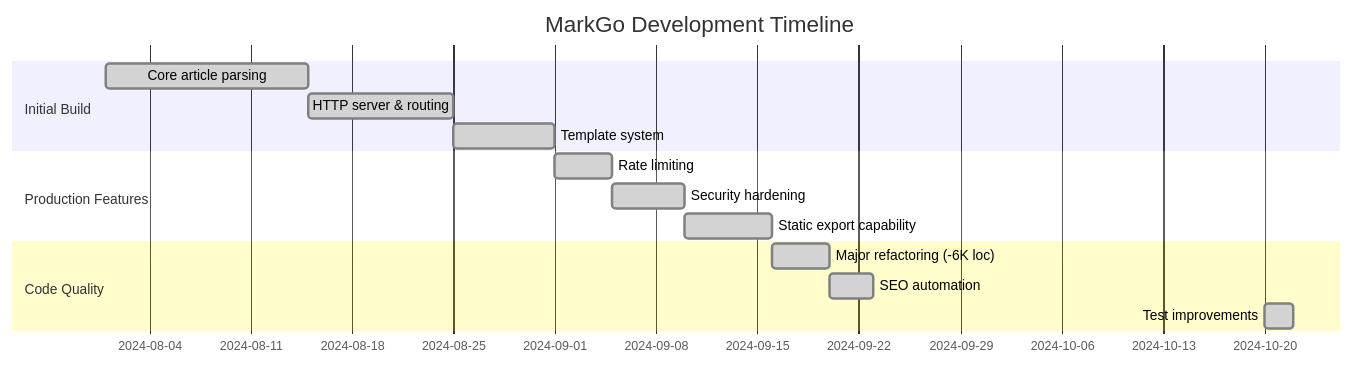
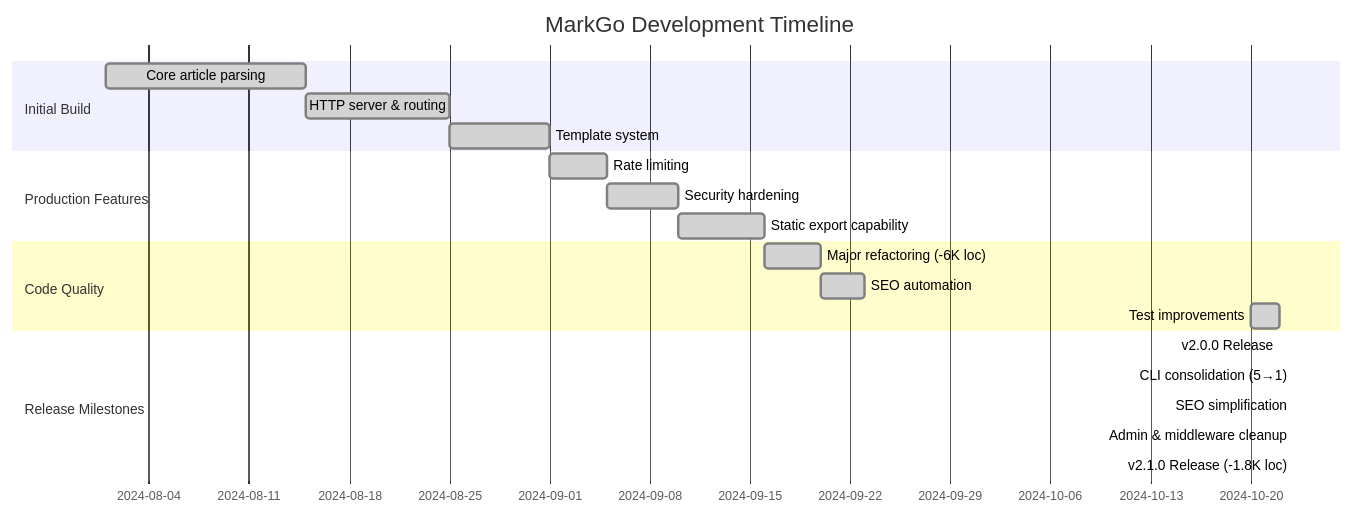
Before and after one commit to vnykmshr/markgo: the third of 5 diagrams in DEVELOPMENT-STORY.md, drawn with Mermaid. The commit also changed other lines of this file, not shown here.

````diff
--- a/DEVELOPMENT-STORY.md
+++ b/DEVELOPMENT-STORY.md
@@ -131,19 +153,26 @@
 ```mermaid
 gantt
     title MarkGo Development Timeline
     dateFormat YYYY-MM-DD
     section Initial Build
     Core article parsing        :done, 2024-08-01, 2024-08-15
     HTTP server & routing       :done, 2024-08-15, 2024-08-25
     Template system             :done, 2024-08-25, 2024-09-01
 
     section Production Features
     Rate limiting               :done, 2024-09-01, 2024-09-05
     Security hardening          :done, 2024-09-05, 2024-09-10
     Static export capability    :done, 2024-09-10, 2024-09-16
 
     section Code Quality
     Major refactoring (-6K loc) :done, 2024-09-16, 2024-09-20
     SEO automation              :done, 2024-09-20, 2024-09-23
     Test improvements           :done, 2024-10-20, 2024-10-22
+
+    section Release Milestones
+    v2.0.0 Release              :done, 2024-10-22, 2024-10-22
+    CLI consolidation (5→1)     :done, 2024-10-23, 2024-10-23
+    SEO simplification          :done, 2024-10-23, 2024-10-23
+    Admin & middleware cleanup  :done, 2024-10-23, 2024-10-23
+    v2.1.0 Release (-1.8K loc)  :done, 2024-10-23, 2024-10-23
 ```
````
